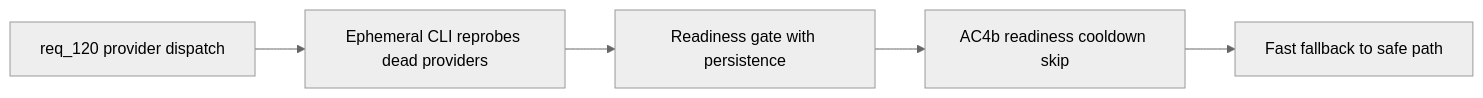
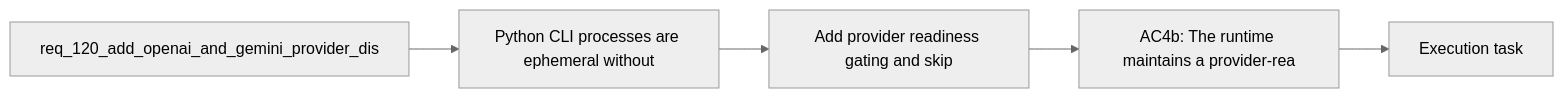
One commit to AlexAgo83/logics-manager changed the diagram in logics/backlog/item_215_add_provider_readiness_gating_and_skip_semantics_for_unconfigured_or_unhealthy_backends.md. Above: the diagram before and after it, drawn with Mermaid (neutral theme). The commit also changed 481 other files, not shown here.

````diff
--- a/logics/backlog/item_215_add_provider_readiness_gating_and_skip_semantics_for_unconfigured_or_unhealthy_backends.md
+++ b/logics/backlog/item_215_add_provider_readiness_gating_and_skip_semantics_for_unconfigured_or_unhealthy_backends.md
@@ -20,9 +20,9 @@
 ```mermaid
 %% logics-kind: backlog
 %% logics-signature: backlog|add-provider-readiness-gating-and-skip-s|req-120-add-openai-and-gemini-provider-d|python-cli-processes-are-ephemeral-witho|ac4b-the-runtime-maintains-a-provider-re
 flowchart LR
-    Request[req_120 provider dispatch] --> Problem[Ephemeral CLI reprobes dead providers]
-    Problem --> Scope[Readiness gate with persistence]
-    Scope --> AC[AC4b readiness cooldown skip]
-    AC --> Fast[Fast fallback to safe path]
+    Request[req_120_add_openai_and_gemini_provider_dis] --> Problem[Python CLI processes are ephemeral without]
+    Problem --> Scope[Add provider readiness gating and skip]
+    Scope --> Acceptance[AC4b: The runtime maintains a provider-rea]
+    Acceptance --> Tasks[Execution task]
 ```
````
